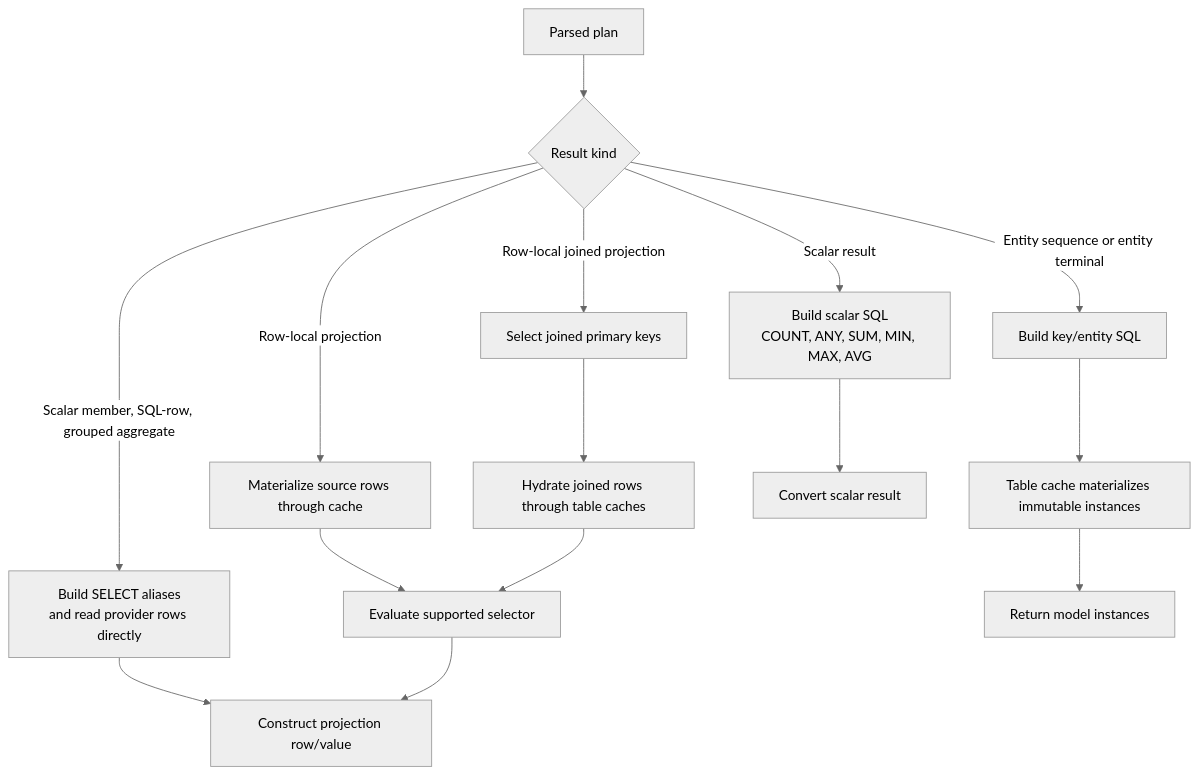
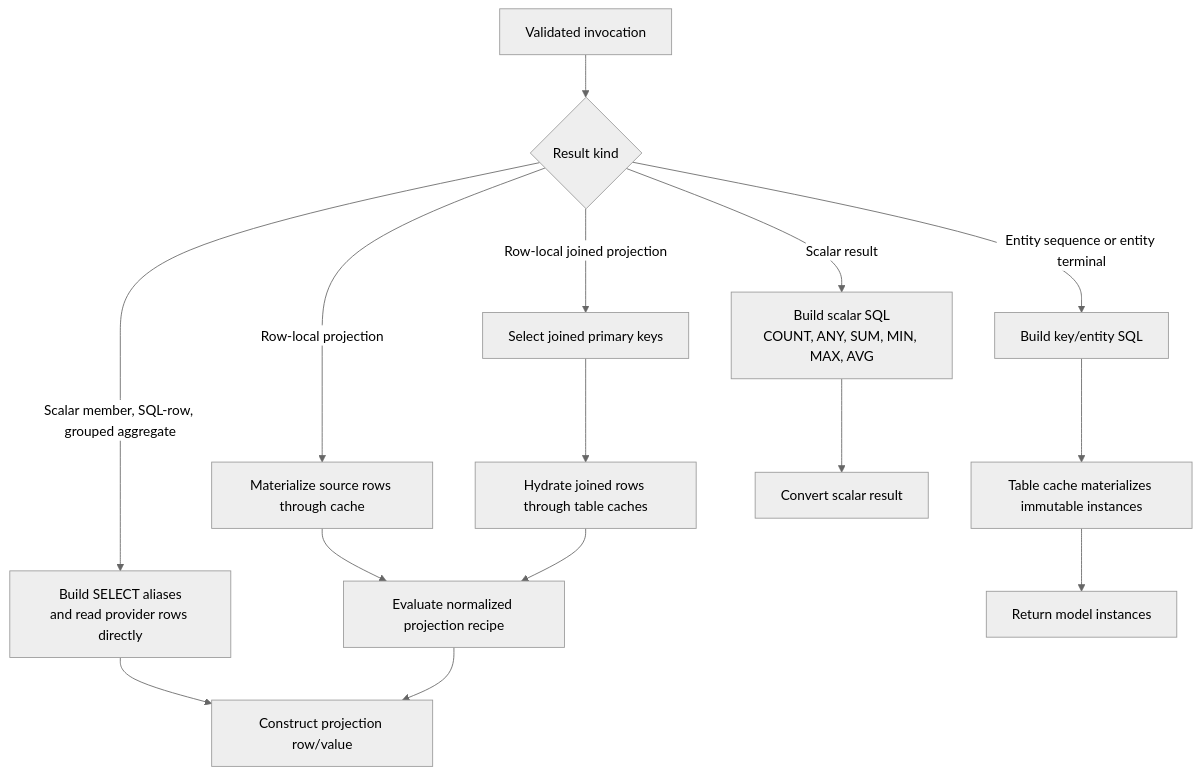
One commit to bazer/DataLinq changed the seventh of 7 diagrams in docs/internals/LINQ Parser Architecture.md. Above: the diagram before and after it, drawn with Mermaid (neutral theme). The commit also changed other lines of this file and 29 other files, not shown here.

````diff
--- a/docs/internals/LINQ Parser Architecture.md
+++ b/docs/internals/LINQ Parser Architecture.md
@@ -260,17 +274,17 @@
 ```mermaid
 flowchart TD
-    A["Parsed plan"] --> B{"Result kind"}
+    A["Validated invocation"] --> B{"Result kind"}
     B -- "Entity sequence or entity terminal" --> C["Build key/entity SQL"]
     C --> D["Table cache materializes immutable instances"]
     B -- "Scalar result" --> E["Build scalar SQL<br/>COUNT, ANY, SUM, MIN, MAX, AVG"]
     B -- "Scalar member, SQL-row, grouped aggregate" --> F["Build SELECT aliases<br/>and read provider rows directly"]
     B -- "Row-local projection" --> G["Materialize source rows through cache"]
-    G --> H["Evaluate supported selector"]
+    G --> H["Evaluate normalized projection recipe"]
     B -- "Row-local joined projection" --> I["Select joined primary keys"]
     I --> J["Hydrate joined rows through table caches"]
     J --> H
     D --> K["Return model instances"]
     E --> L["Convert scalar result"]
     F --> M["Construct projection row/value"]
     H --> M
 ```
````
